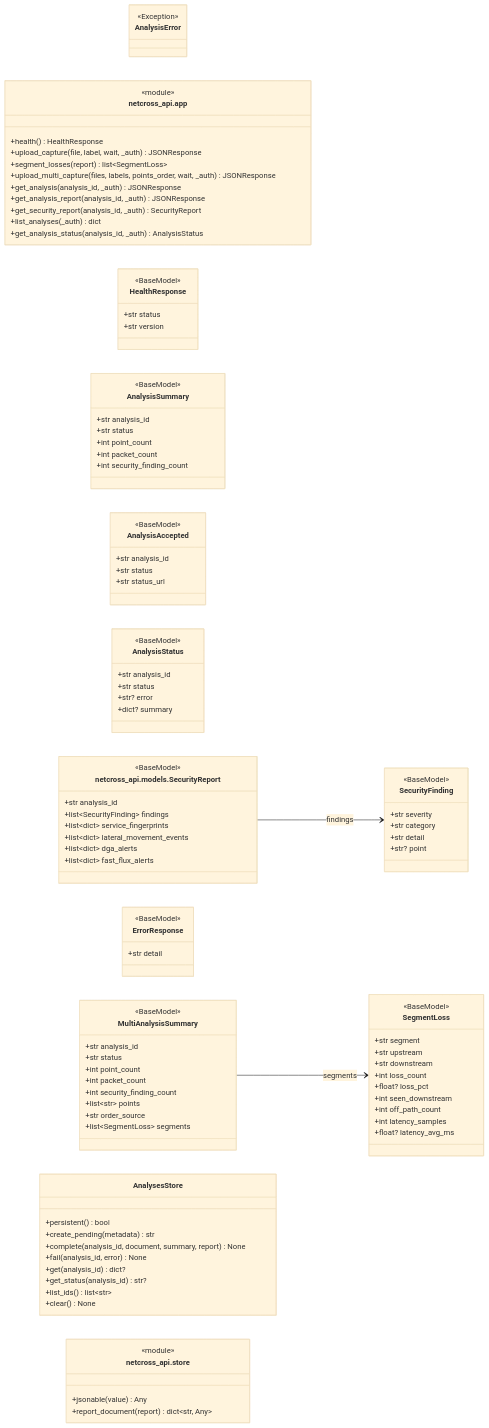
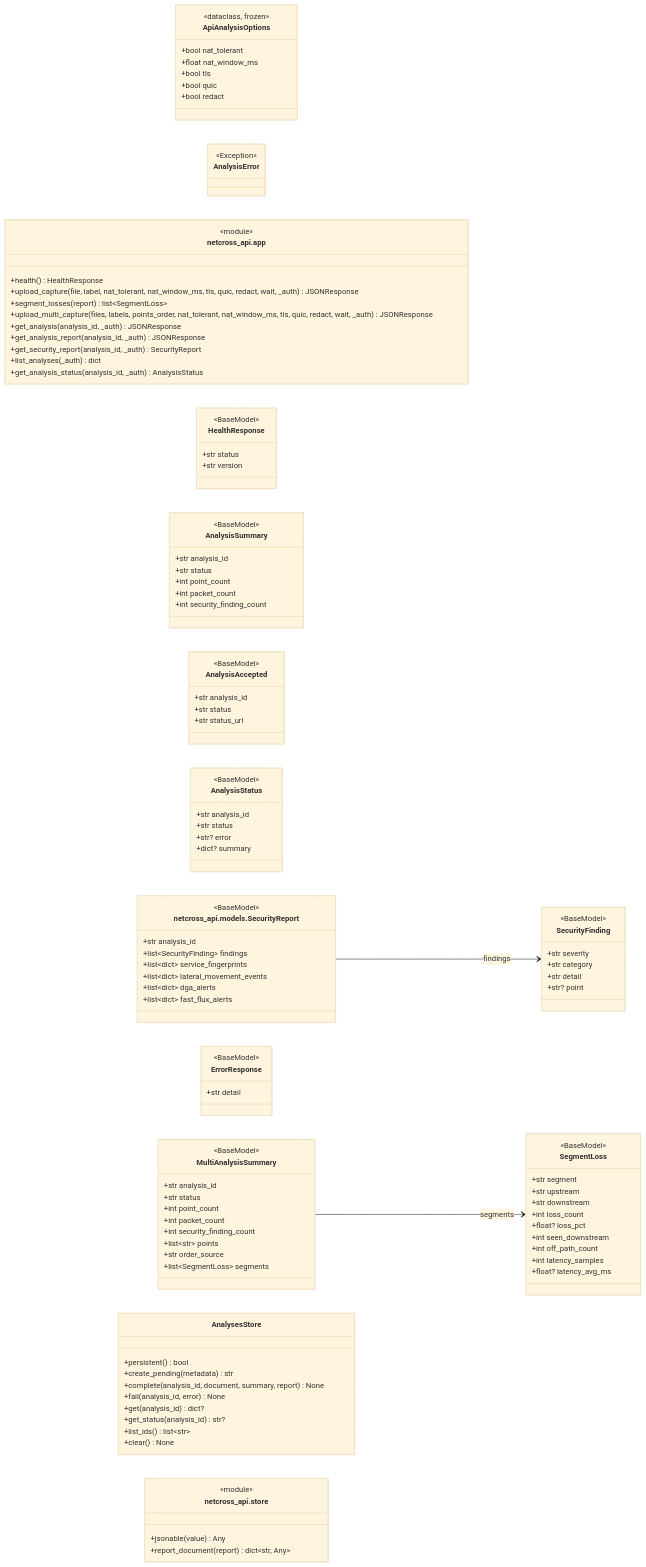
One commit to Mathide-Team/Netcross changed diagram 17 of 19 in docs/class-diagram.md. Above: the diagram before and after it, drawn with Mermaid (base theme). The commit also changed other lines of this file and 6 other files, not shown here.

First line of the commit message:
feat(#330): options d'analyse de l'API (nat_tolerant, nat_window_ms, tls, quic, redact)

```diff
--- a/docs/class-diagram.md
+++ b/docs/class-diagram.md
@@ -3730,15 +3730,23 @@
     direction LR
 
     %% ===== netcross_api.app =====
+    class ApiAnalysisOptions {
+        <<dataclass, frozen>>
+        +bool nat_tolerant
+        +float nat_window_ms
+        +bool tls
+        +bool quic
+        +bool redact
+    }
     class AnalysisError {
         <<Exception>>
     }
     class mod_netcross_api_app["netcross_api.app"] {
         <<module>>
         +health() HealthResponse
-        +upload_capture(file, label, wait, _auth) JSONResponse
+        +upload_capture(file, label, nat_tolerant, nat_window_ms, tls, quic, redact, wait, _auth) JSONResponse
         +segment_losses(report) list~SegmentLoss~
-        +upload_multi_capture(files, labels, points_order, wait, _auth) JSONResponse
+        +upload_multi_capture(files, labels, points_order, nat_tolerant, nat_window_ms, tls, quic, redact, wait, _auth) JSONResponse
         +get_analysis(analysis_id, _auth) JSONResponse
         +get_analysis_report(analysis_id, _auth) JSONResponse
         +get_security_report(analysis_id, _auth) SecurityReport
```
